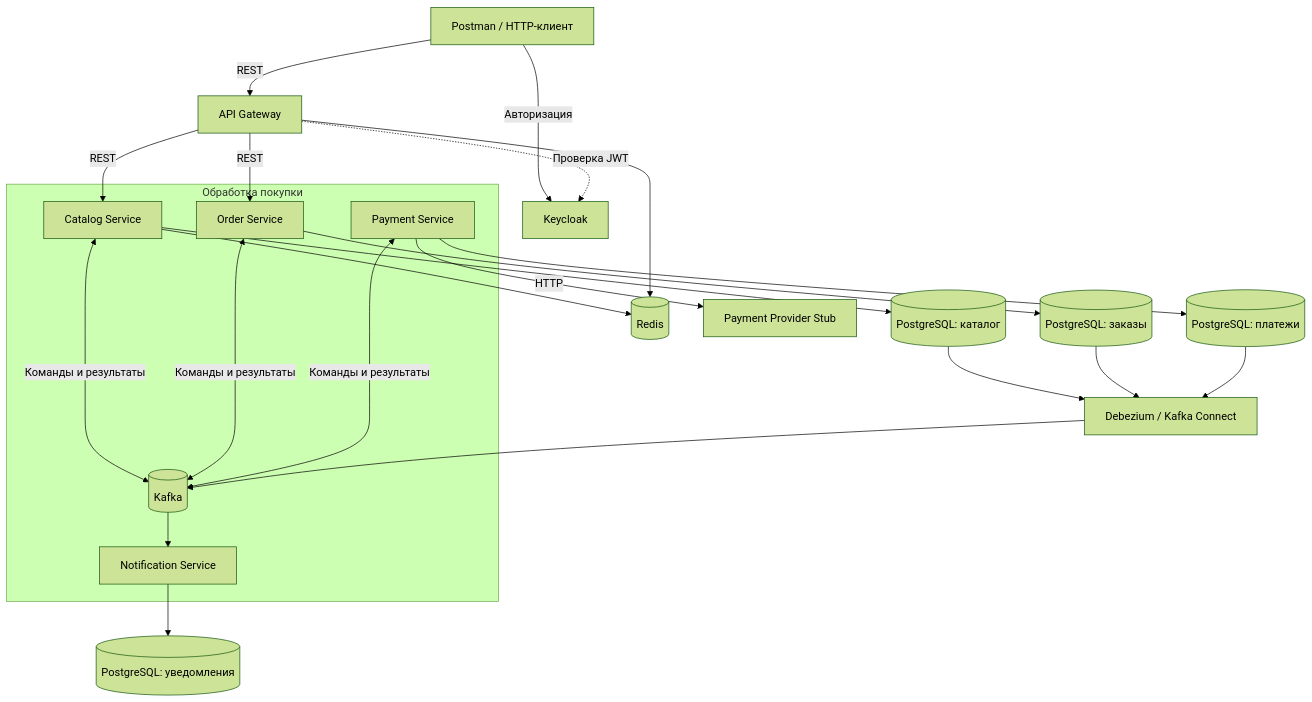
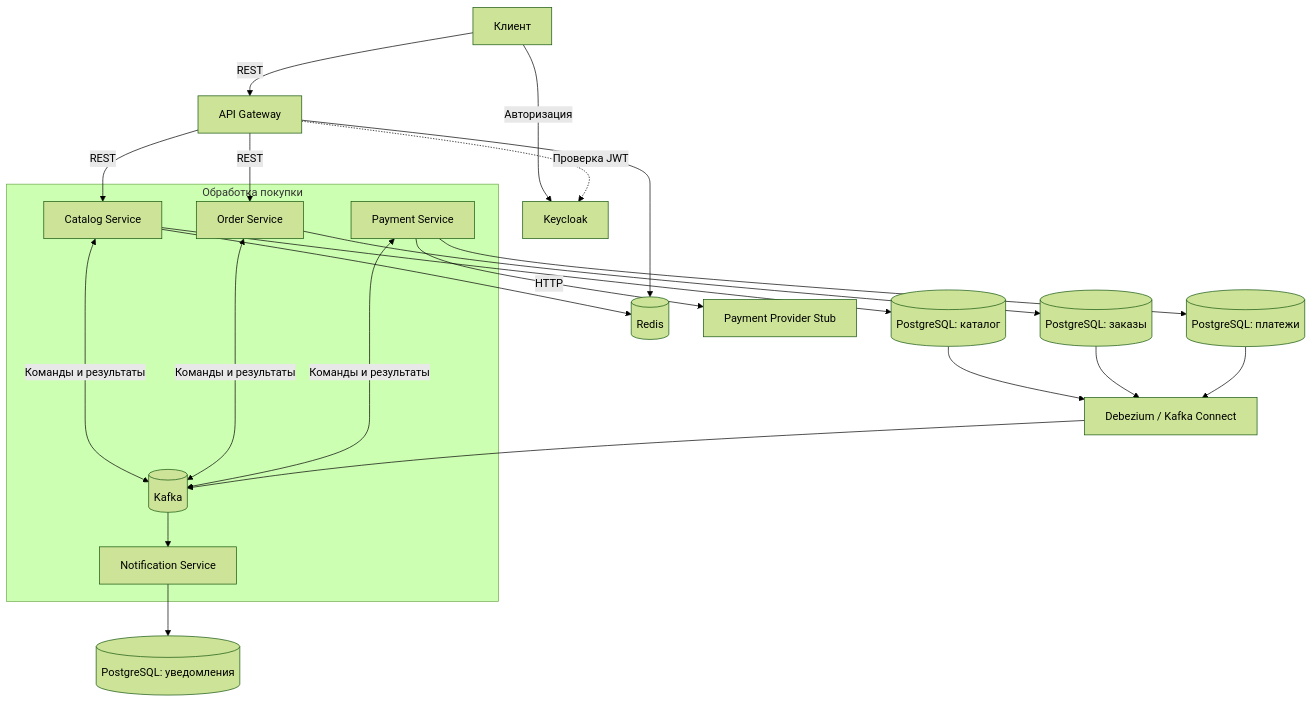
One commit to sergeykremnev8888/ticket-craft changed the diagram in README.md. Above: the diagram before and after it, drawn with Mermaid (forest theme). The commit also changed other lines of this file and 1 other file, not shown here.

Commit message:
docs(gateway): document security and resilience controls

````diff
--- a/README.md
+++ b/README.md
@@ -13,30 +13,30 @@
 ```mermaid
 flowchart TD
-    Client["Postman / HTTP-клиент"] -->|REST| Gateway["API Gateway"]
+    Client["Клиент"] -->|REST| Gateway["API Gateway"]
     Client -->|Авторизация| Keycloak["Keycloak"]
     Gateway -. Проверка JWT .-> Keycloak
     Gateway -->|REST| Catalog["Catalog Service"]
     Gateway -->|REST| Order["Order Service"]
     Gateway --> Redis[("Redis")]
     Catalog --> Redis
 
     subgraph Business["Обработка покупки"]
         Kafka[("Kafka")]
         Catalog <-->|Команды и результаты| Kafka
         Order <-->|Команды и результаты| Kafka
         Payment["Payment Service"] <-->|Команды и результаты| Kafka
         Kafka --> Notification["Notification Service"]
     end
 
     Catalog --> CatalogDB[("PostgreSQL: каталог")]
     Order --> OrderDB[("PostgreSQL: заказы")]
     Payment --> PaymentDB[("PostgreSQL: платежи")]
     Notification --> NotificationDB[("PostgreSQL: уведомления")]
 
     CatalogDB --> CDC["Debezium / Kafka Connect"]
     OrderDB --> CDC
     PaymentDB --> CDC
     CDC --> Kafka
 
     Payment -->|HTTP| Stub["Payment Provider Stub"]
 ```
````
